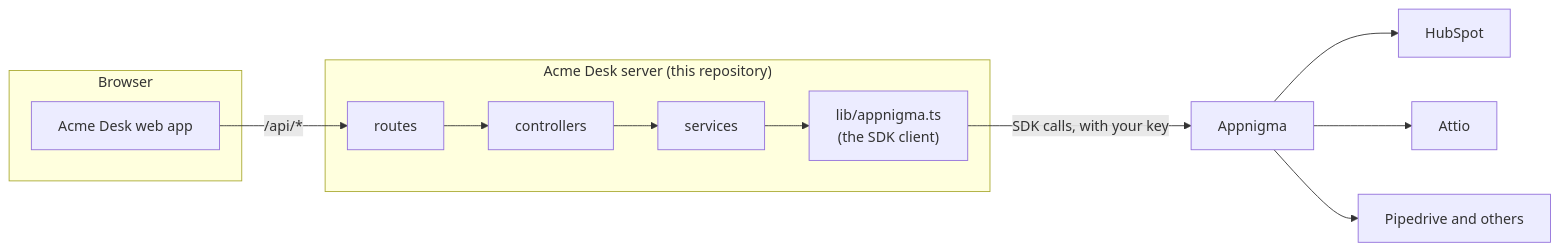
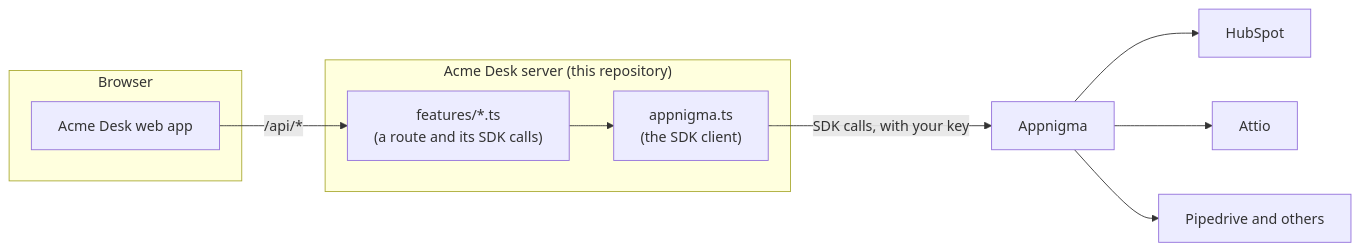
The diagram in README.md (Appnigma/appnigma-sample-app), drawn with Mermaid before and after one commit. The commit also changed other lines of this file and 104 other files, not shown here.

Commit message:
One file per feature on the server: each route and its SDK calls together, so how to call each one is next to where it is used

````diff
--- a/README.md
+++ b/README.md
@@ -94,14 +95,14 @@
 ```mermaid
 flowchart LR
   subgraph Browser
     UI[Acme Desk web app]
   end
   subgraph Server["Acme Desk server (this repository)"]
-    R[routes] --> C[controllers] --> S[services] --> L["lib/appnigma.ts<br/>(the SDK client)"]
+    F["features/*.ts<br/>(a route and its SDK calls)"] --> L["appnigma.ts<br/>(the SDK client)"]
   end
-  UI -- "/api/*" --> R
+  UI -- "/api/*" --> F
   L -- "SDK calls, with your key" --> A[Appnigma]
   A --> P1[HubSpot]
   A --> P2[Attio]
   A --> P3[Pipedrive and others]
 ```
````
